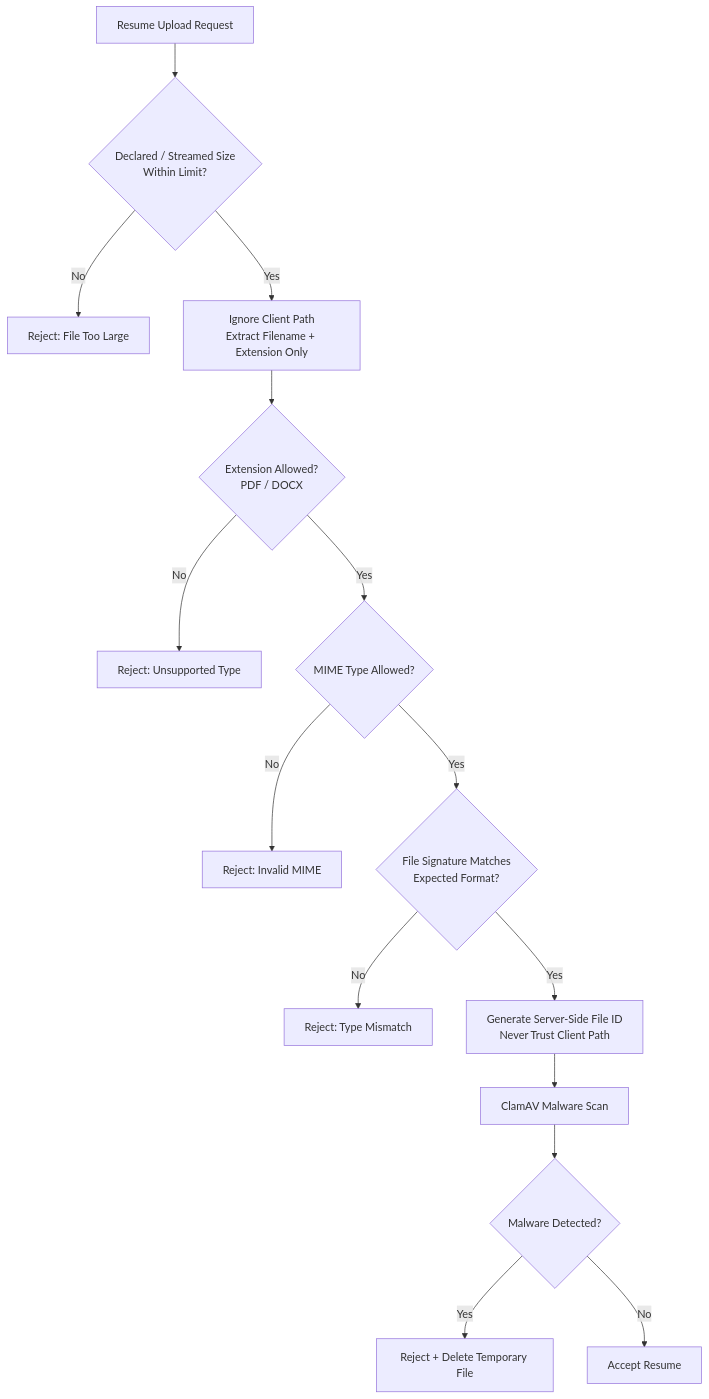
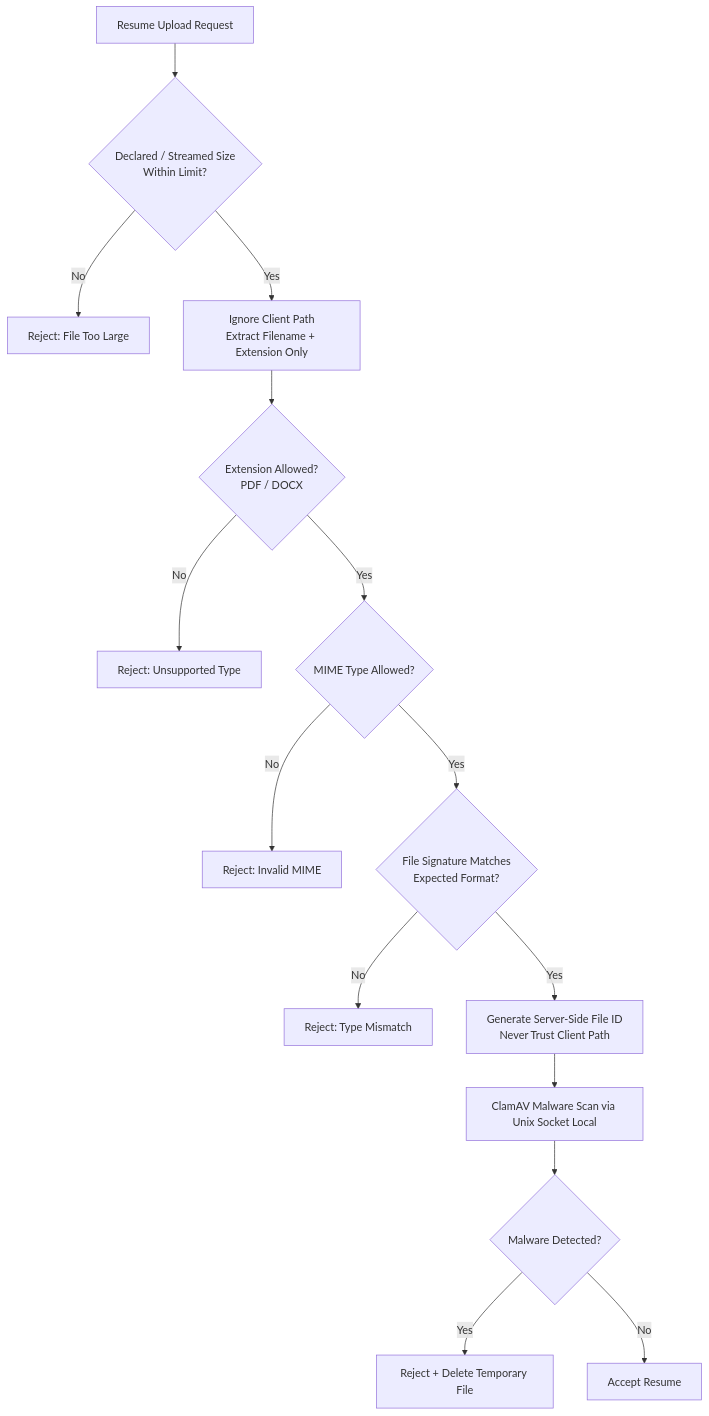
The diagram in flowcharts/documents/document_uploading_workflow.mermaid (DanielZerihunGeda/job_matching), drawn with Mermaid before and after one commit. The commit also changed 3 other files, not shown here.

Commit message:
JD matching flowchart

```diff
--- a/flowcharts/documents/document_uploading_workflow.mermaid
+++ b/flowcharts/documents/document_uploading_workflow.mermaid
@@ -1,22 +1,22 @@
 flowchart TD
     A[Resume Upload Request]
 
     A --> B{Declared / Streamed Size<br/>Within Limit?}
     B -->|No| R1[Reject: File Too Large]
     B -->|Yes| C[Ignore Client Path<br/>Extract Filename + Extension Only]
 
     C --> D{Extension Allowed?<br/>PDF / DOCX}
     D -->|No| R2[Reject: Unsupported Type]
     D -->|Yes| E{MIME Type Allowed?}
 
     E -->|No| R3[Reject: Invalid MIME]
     E -->|Yes| F{File Signature Matches<br/>Expected Format?}
 
     F -->|No| R4[Reject: Type Mismatch]
     F -->|Yes| G[Generate Server-Side File ID<br/>Never Trust Client Path]
 
-    G --> H[ClamAV Malware Scan]
+    G --> H[ClamAV Malware Scan via Unix Socket Local]
 
     H --> I{Malware Detected?}
     I -->|Yes| R5[Reject + Delete Temporary File]
     I -->|No| J[Accept Resume]
```
